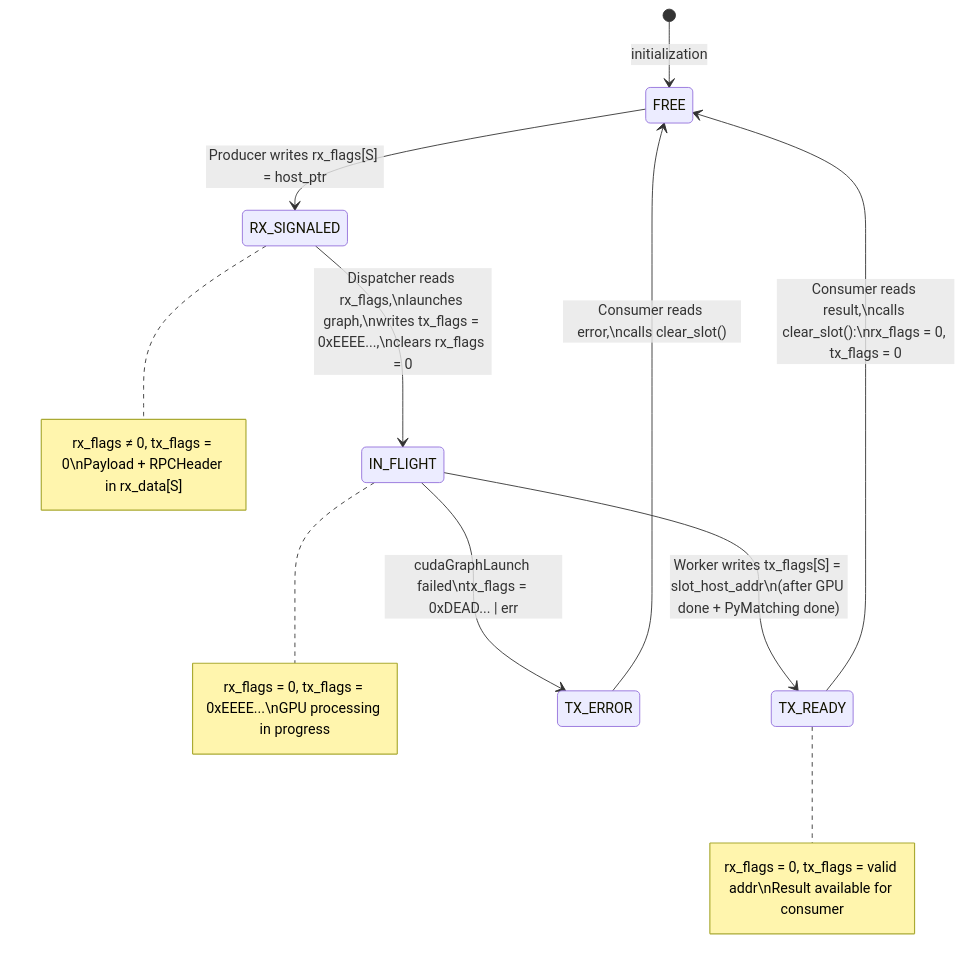
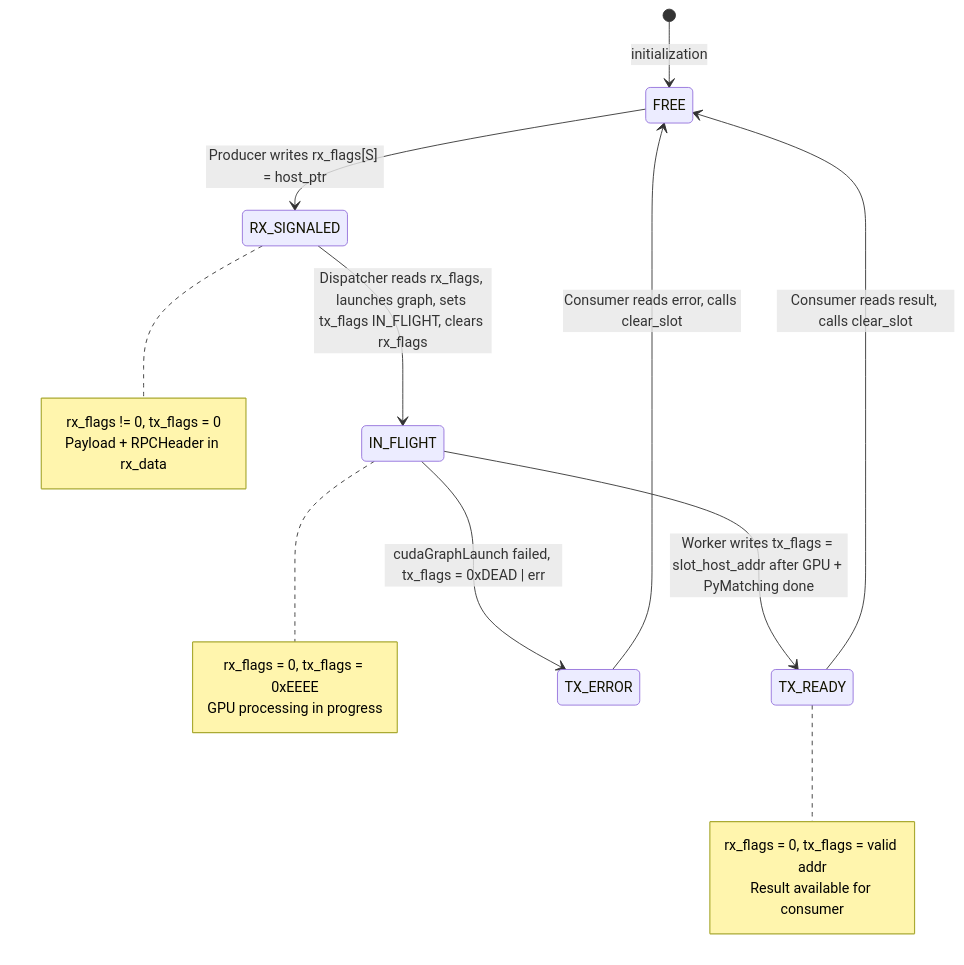
One commit to wsttiger/cudaqx changed the fourth of 7 diagrams in docs/realtime_pipeline_architecture.md. Above: the diagram before and after it, drawn with Mermaid. The commit also changed other lines of this file, not shown here.

Commit message:
Fixed errors in mermaid diagram

````diff
--- a/docs/realtime_pipeline_architecture.md
+++ b/docs/realtime_pipeline_architecture.md
@@ -221,18 +221,27 @@
 ```mermaid
 stateDiagram-v2
     [*] --> FREE : initialization
 
     FREE --> RX_SIGNALED : Producer writes rx_flags[S] = host_ptr
-    note right of RX_SIGNALED : rx_flags ≠ 0, tx_flags = 0\nPayload + RPCHeader in rx_data[S]
+    note right of RX_SIGNALED
+        rx_flags != 0, tx_flags = 0
+        Payload + RPCHeader in rx_data
+    end note
 
-    RX_SIGNALED --> IN_FLIGHT : Dispatcher reads rx_flags,\nlaunches graph,\nwrites tx_flags = 0xEEEE...,\nclears rx_flags = 0
-    note right of IN_FLIGHT : rx_flags = 0, tx_flags = 0xEEEE...\nGPU processing in progress
+    RX_SIGNALED --> IN_FLIGHT : Dispatcher reads rx_flags, launches graph, sets tx_flags IN_FLIGHT, clears rx_flags
+    note right of IN_FLIGHT
+        rx_flags = 0, tx_flags = 0xEEEE
+        GPU processing in progress
+    end note
 
-    IN_FLIGHT --> TX_READY : Worker writes tx_flags[S] = slot_host_addr\n(after GPU done + PyMatching done)
-    note right of TX_READY : rx_flags = 0, tx_flags = valid addr\nResult available for consumer
+    IN_FLIGHT --> TX_READY : Worker writes tx_flags = slot_host_addr after GPU + PyMatching done
+    note right of TX_READY
+        rx_flags = 0, tx_flags = valid addr
+        Result available for consumer
+    end note
 
-    TX_READY --> FREE : Consumer reads result,\ncalls clear_slot():\nrx_flags = 0, tx_flags = 0
+    TX_READY --> FREE : Consumer reads result, calls clear_slot
 
-    IN_FLIGHT --> TX_ERROR : cudaGraphLaunch failed\ntx_flags = 0xDEAD... | err
-    TX_ERROR --> FREE : Consumer reads error,\ncalls clear_slot()
+    IN_FLIGHT --> TX_ERROR : cudaGraphLaunch failed, tx_flags = 0xDEAD | err
+    TX_ERROR --> FREE : Consumer reads error, calls clear_slot
 ```
````
